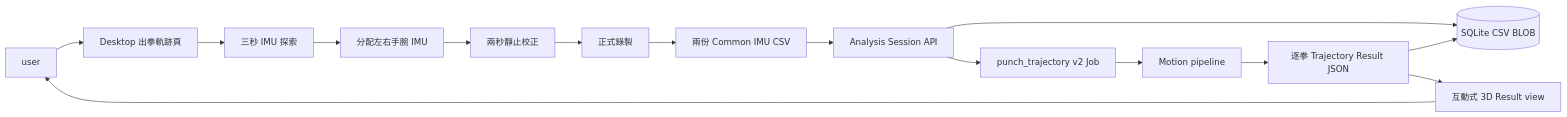
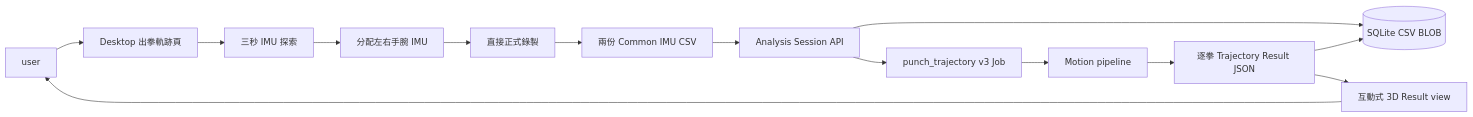
The first of 3 diagrams in openspec/changes/implement-punch-trajectory-analysis/design.md (conan0220/BAP), drawn with Mermaid before and after one commit. The commit also changed other lines of this file and 18 other files, not shown here.

Commit message:
feat: record punch trajectories without calibration

````diff
--- a/openspec/changes/implement-punch-trajectory-analysis/design.md
+++ b/openspec/changes/implement-punch-trajectory-analysis/design.md
@@ -41,17 +41,16 @@
 ```mermaid
 flowchart LR
     USER[user] --> UI[Desktop 出拳軌跡頁]
     UI --> DISCOVERY[三秒 IMU 探索]
     DISCOVERY --> ASSIGN[分配左右手腕 IMU]
-    ASSIGN --> CAL[兩秒靜止校正]
-    CAL --> RECORD[正式錄製]
+    ASSIGN --> RECORD[直接正式錄製]
     RECORD --> CSV[兩份 Common IMU CSV]
     CSV --> API[Analysis Session API]
     API --> DB[(SQLite CSV BLOB)]
-    API --> JOB[punch_trajectory v2 Job]
+    API --> JOB[punch_trajectory v3 Job]
     JOB --> MOTION[Motion pipeline]
     MOTION --> RESULT[逐拳 Trajectory Result JSON]
     RESULT --> DB
     RESULT --> VIEW[互動式 3D Result view]
     VIEW --> USER
 ```
````
